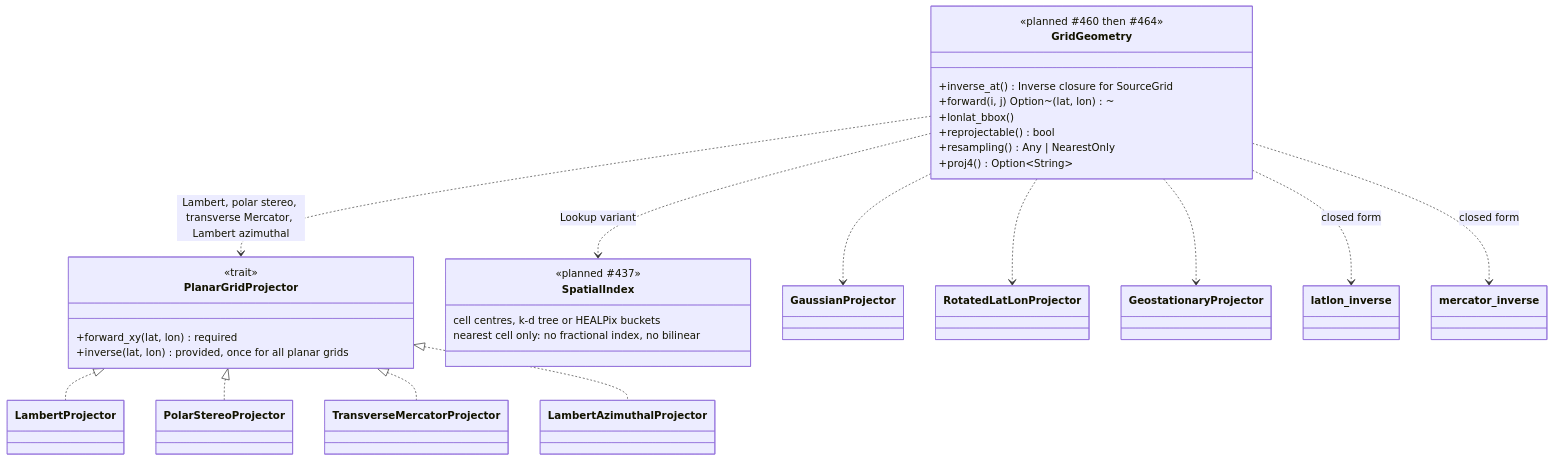
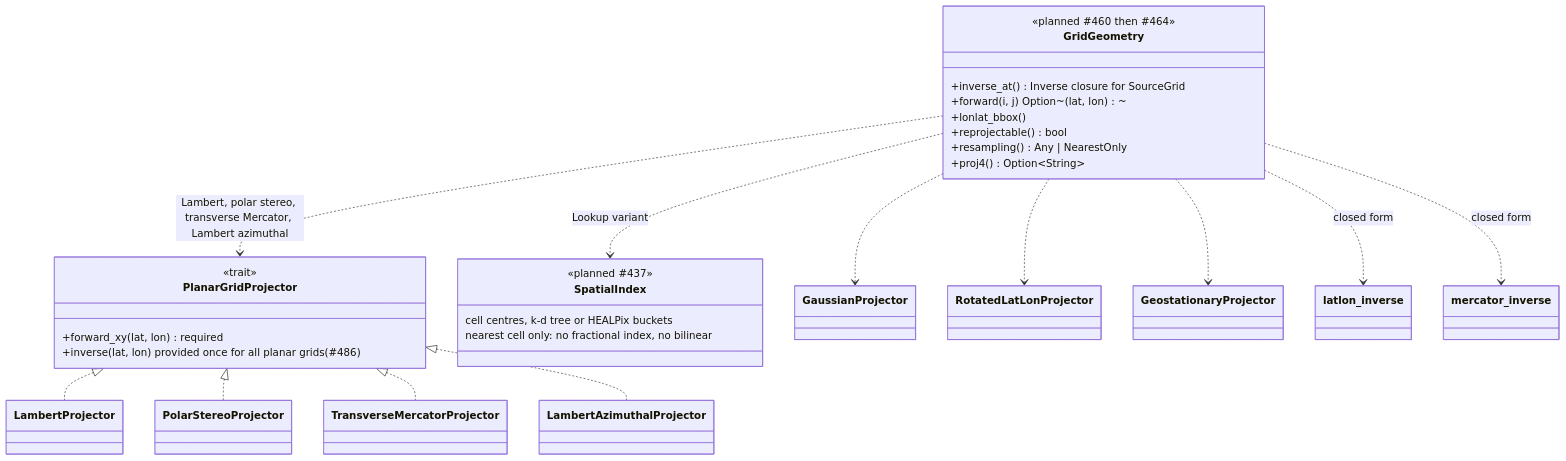
Before and after one commit to D0ubleD0uble/fieldglass: the first of 5 diagrams in docs/architecture/planned/02-trait-seams.md, drawn with Mermaid. The commit also changed other lines of this file and 3 other files, not shown here.

````diff
--- a/docs/architecture/planned/02-trait-seams.md
+++ b/docs/architecture/planned/02-trait-seams.md
@@ -19,34 +19,34 @@
 ```mermaid
 classDiagram
     class GridGeometry {
         <<planned #460 then #464>>
         +inverse_at() Inverse closure for SourceGrid
         +forward(i, j) Option~(lat, lon)~
         +lonlat_bbox()
         +reprojectable() bool
         +resampling() Any | NearestOnly
         +proj4() Option~String~
     }
     class PlanarGridProjector {
         <<trait>>
         +forward_xy(lat, lon) required
-        +inverse(lat, lon) provided, once for all planar grids
+        +inverse(lat, lon) provided once for all planar grids (#486)
     }
     class SpatialIndex {
         <<planned #437>>
         cell centres, k-d tree or HEALPix buckets
         nearest cell only: no fractional index, no bilinear
     }
 
     GridGeometry ..> PlanarGridProjector : Lambert, polar stereo, transverse Mercator, Lambert azimuthal
     GridGeometry ..> GaussianProjector
     GridGeometry ..> RotatedLatLonProjector
     GridGeometry ..> GeostationaryProjector
     GridGeometry ..> latlon_inverse : closed form
     GridGeometry ..> mercator_inverse : closed form
     GridGeometry ..> SpatialIndex : Lookup variant
     PlanarGridProjector <|.. LambertProjector
     PlanarGridProjector <|.. PolarStereoProjector
     PlanarGridProjector <|.. TransverseMercatorProjector
     PlanarGridProjector <|.. LambertAzimuthalProjector
 ```
````
